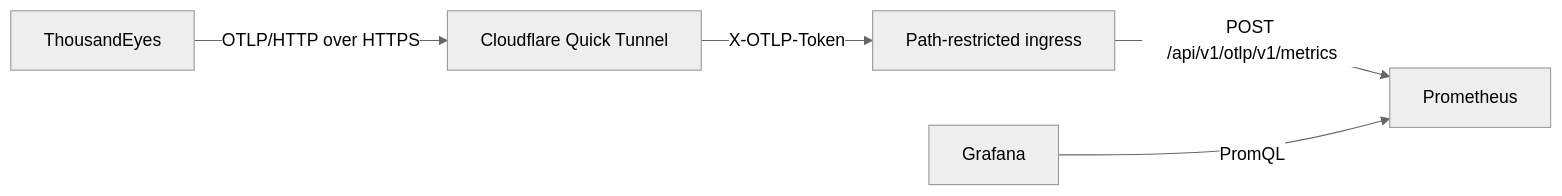
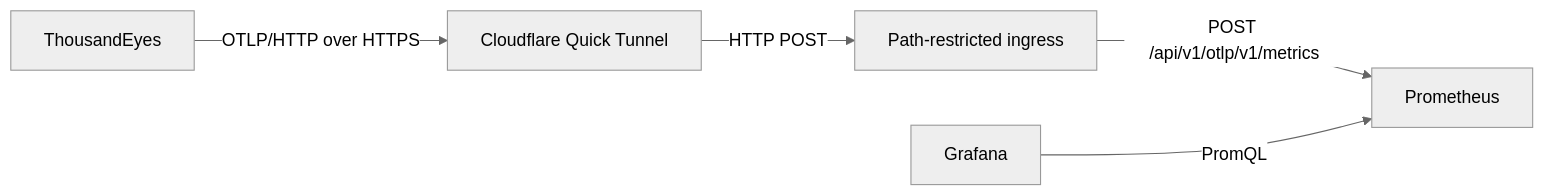
One commit to ajimenez1503/streaming-thousandeyes-metrics-to-grafana changed the diagram in README.md. Above: the diagram before and after it, drawn with Mermaid (neutral theme). The commit also changed other lines of this file and 4 other files, not shown here.

````diff
--- a/README.md
+++ b/README.md
@@ -5,7 +5,7 @@
 ```mermaid
 flowchart LR
     TE[ThousandEyes] -->|OTLP/HTTP over HTTPS| CF[Cloudflare Quick Tunnel]
-    CF -->|X-OTLP-Token| GW[Path-restricted ingress]
+    CF -->|HTTP POST| GW[Path-restricted ingress]
     GW -->|POST /api/v1/otlp/v1/metrics| P[Prometheus]
     G[Grafana] -->|PromQL| P
 ```
````
